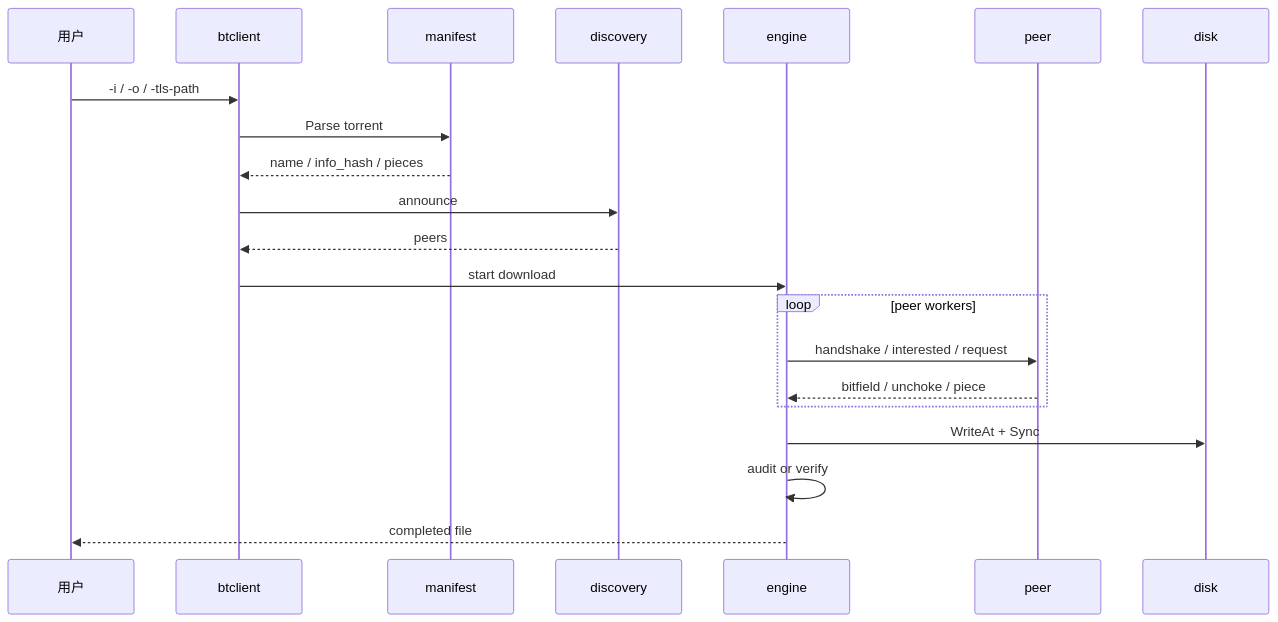
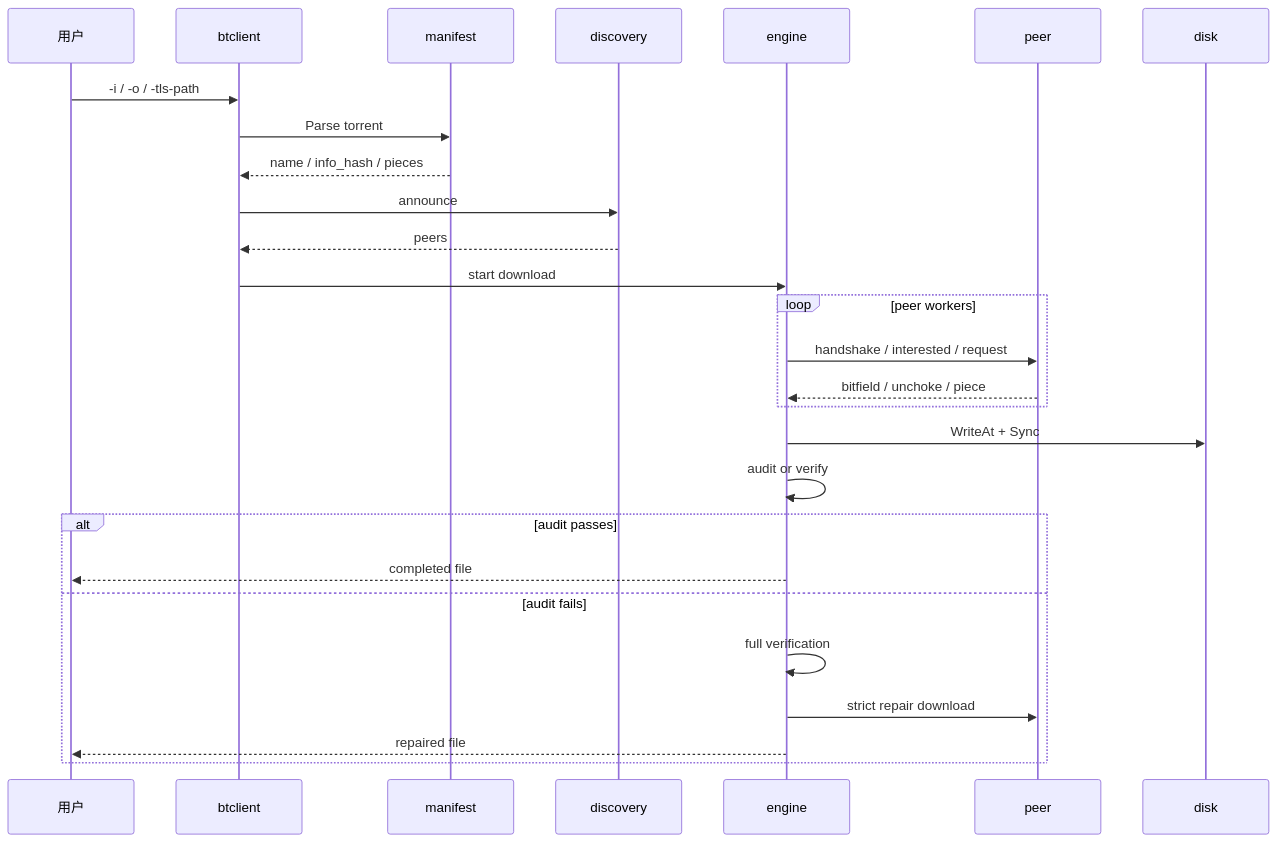
The first of 7 diagrams in docs/architecture-views.md (SimonMing47/BitTorrent), drawn with Mermaid before and after one commit. The commit also changed other lines of this file and 8 other files, not shown here.

Commit message:
Strengthen datacenter reliability flow

````diff
--- a/docs/architecture-views.md
+++ b/docs/architecture-views.md
@@ -14,24 +14,30 @@
 ```mermaid
 sequenceDiagram
     participant User as 用户
     participant CLI as btclient
     participant Manifest as manifest
     participant Discovery as discovery
     participant Engine as engine
     participant Peer as peer
     participant Disk as disk
 
     User->>CLI: -i / -o / -tls-path
     CLI->>Manifest: Parse torrent
     Manifest-->>CLI: name / info_hash / pieces
     CLI->>Discovery: announce
     Discovery-->>CLI: peers
     CLI->>Engine: start download
     loop peer workers
         Engine->>Peer: handshake / interested / request
         Peer-->>Engine: bitfield / unchoke / piece
     end
     Engine->>Disk: WriteAt + Sync
     Engine->>Engine: audit or verify
-    Engine-->>User: completed file
+    alt audit passes
+        Engine-->>User: completed file
+    else audit fails
+        Engine->>Engine: full verification
+        Engine->>Peer: strict repair download
+        Engine-->>User: repaired file
+    end
 ```
````
